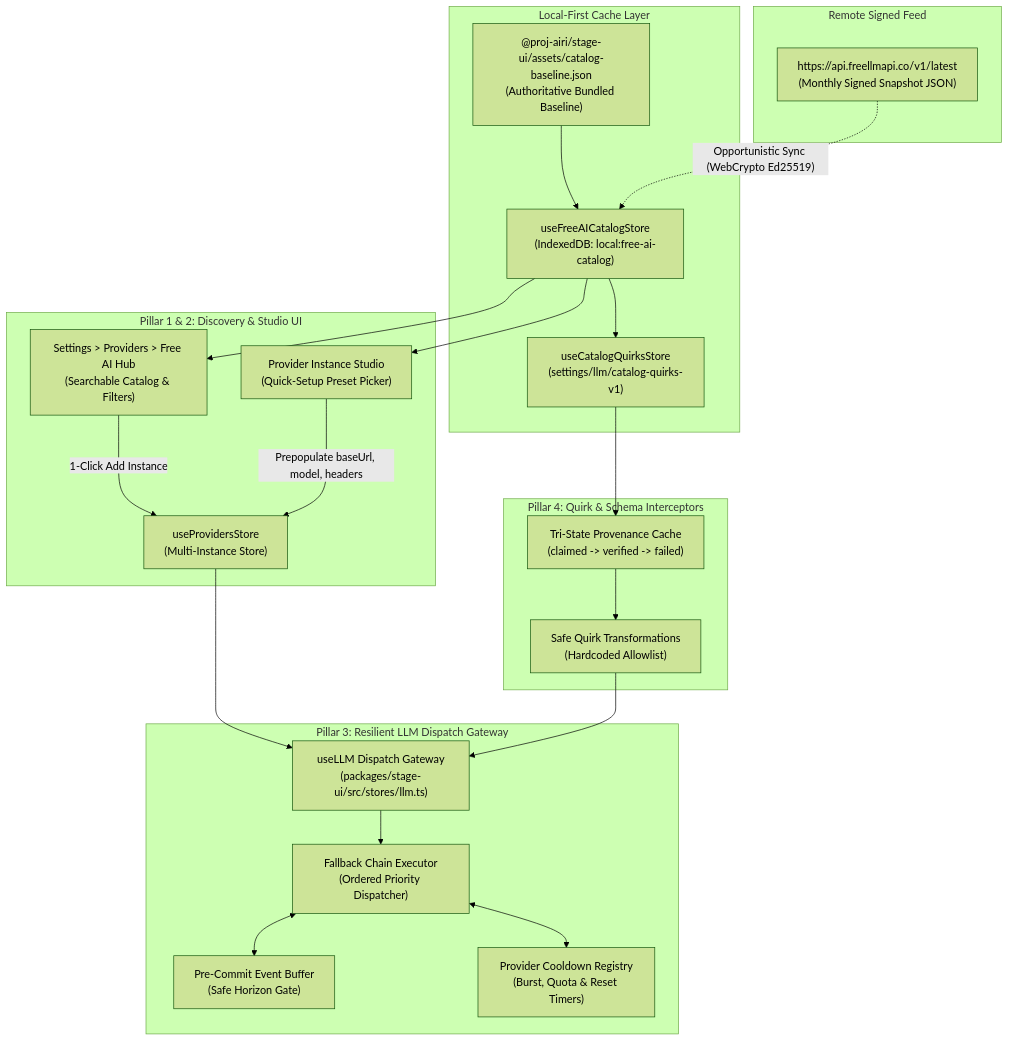
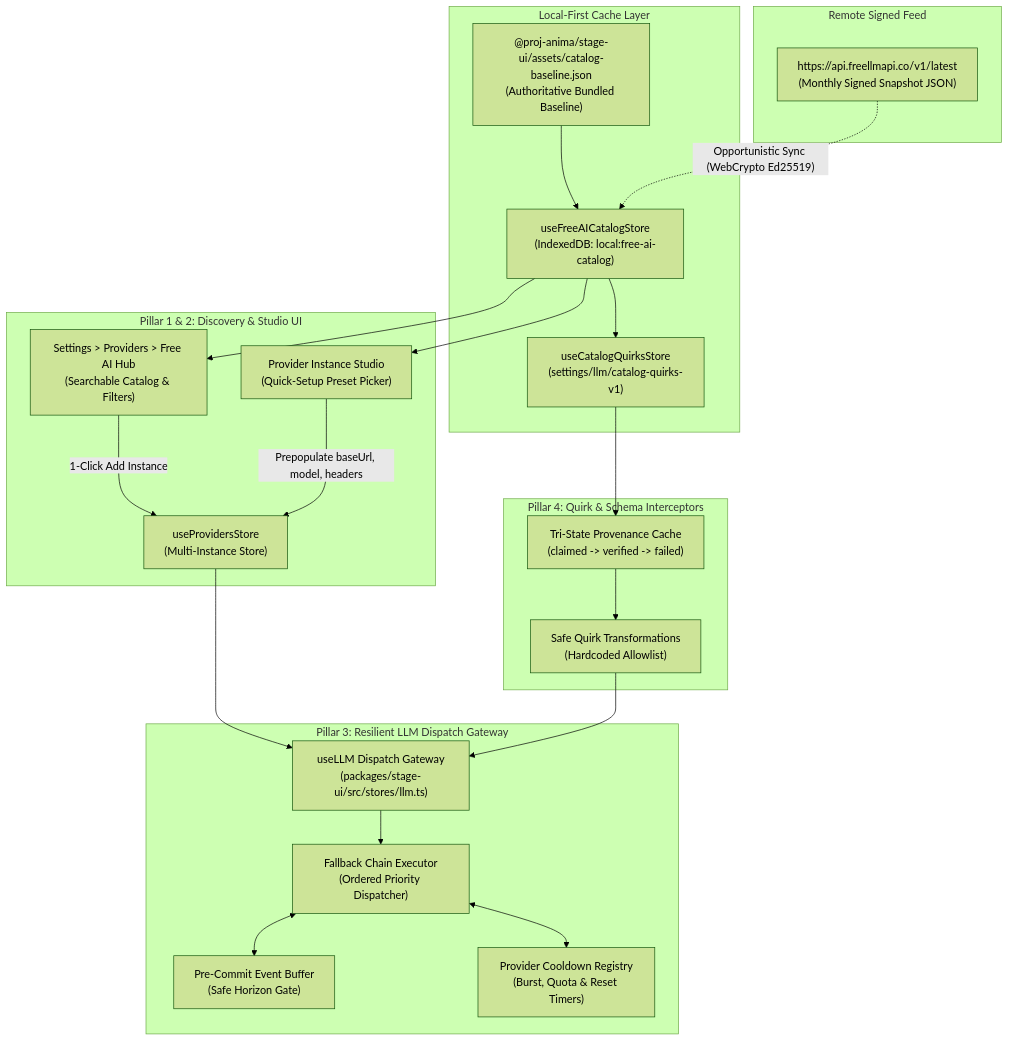
Before and after one commit to 7n1m4/7n1m4: the diagram in docs/design-free-ai-catalog-and-resilient-fallback.md, drawn with Mermaid (forest theme). The commit also changed other lines of this file and 1674 other files, not shown here.

Commit message:
refactor: rename project identity from AIRI to Anima

````diff
--- a/docs/design-free-ai-catalog-and-resilient-fallback.md
+++ b/docs/design-free-ai-catalog-and-resilient-fallback.md
@@ -39,48 +39,48 @@
 ```mermaid
 flowchart TD
     subgraph Remote Signed Feed
         FEED["https://api.freellmapi.co/v1/latest\n(Monthly Signed Snapshot JSON)"]
     end
 
     subgraph Client Storage & Cache [Local-First Cache Layer]
-        BUNDLED["@proj-airi/stage-ui/assets/catalog-baseline.json\n(Authoritative Bundled Baseline)"]
+        BUNDLED["@proj-anima/stage-ui/assets/catalog-baseline.json\n(Authoritative Bundled Baseline)"]
         CATSTORE["useFreeAICatalogStore\n(IndexedDB: local:free-ai-catalog)"]
         QUIRKSTORE["useCatalogQuirksStore\n(settings/llm/catalog-quirks-v1)"]
     end
 
     subgraph Pillar 1 & 2: Discovery & Studio UI
         DISC_PAGE["Settings > Providers > Free AI Hub\n(Searchable Catalog & Filters)"]
         PRESET_SELECT["Provider Instance Studio\n(Quick-Setup Preset Picker)"]
         PROV_STORE["useProvidersStore\n(Multi-Instance Store)"]
     end
 
     subgraph Pillar 3: Resilient LLM Dispatch Gateway
         USE_LLM["useLLM Dispatch Gateway\n(packages/stage-ui/src/stores/llm.ts)"]
         CHAIN_ROUTER["Fallback Chain Executor\n(Ordered Priority Dispatcher)"]
         PRECOMMIT["Pre-Commit Event Buffer\n(Safe Horizon Gate)"]
         COOLDOWN["Provider Cooldown Registry\n(Burst, Quota & Reset Timers)"]
     end
 
     subgraph Pillar 4: Quirk & Schema Interceptors
         TRISTATE["Tri-State Provenance Cache\n(claimed -> verified -> failed)"]
         ALLOWLIST["Safe Quirk Transformations\n(Hardcoded Allowlist)"]
     end
 
     BUNDLED --> CATSTORE
     FEED -.->|"Opportunistic Sync (WebCrypto Ed25519)"| CATSTORE
     CATSTORE --> QUIRKSTORE
     CATSTORE --> DISC_PAGE
     CATSTORE --> PRESET_SELECT
 
     DISC_PAGE -->|"1-Click Add Instance"| PROV_STORE
     PRESET_SELECT -->|"Prepopulate baseUrl, model, headers"| PROV_STORE
 
     PROV_STORE --> USE_LLM
     USE_LLM --> CHAIN_ROUTER
     CHAIN_ROUTER <--> PRECOMMIT
     CHAIN_ROUTER <--> COOLDOWN
 
     QUIRKSTORE --> TRISTATE
     TRISTATE --> ALLOWLIST
     ALLOWLIST --> USE_LLM
 ```
````
